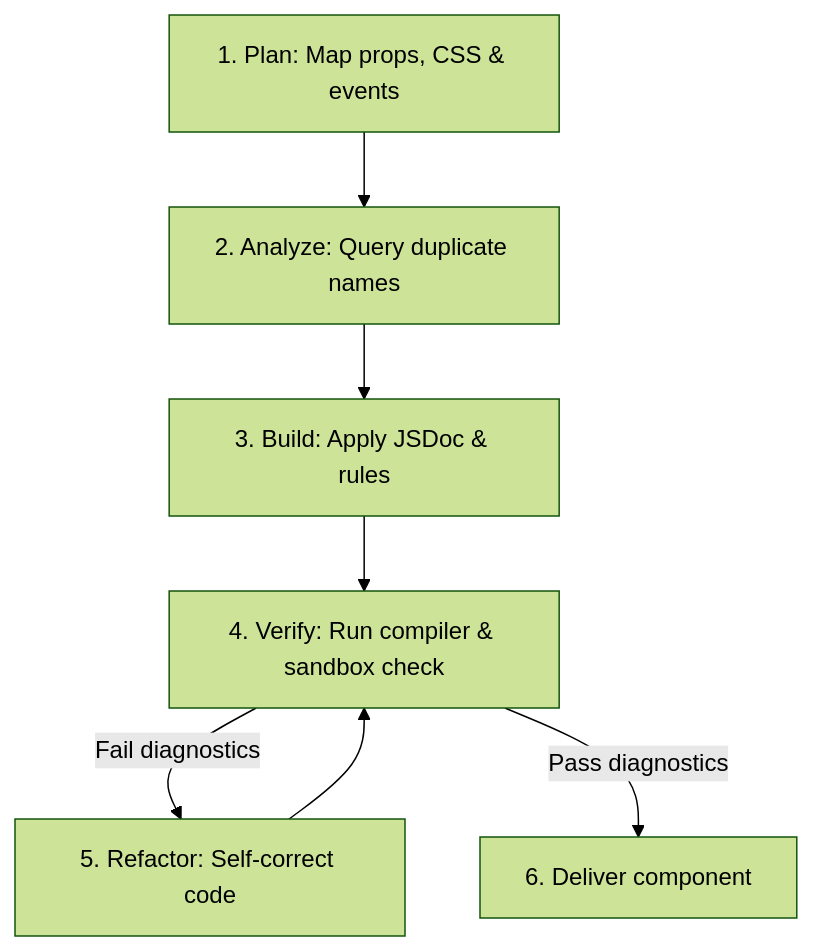
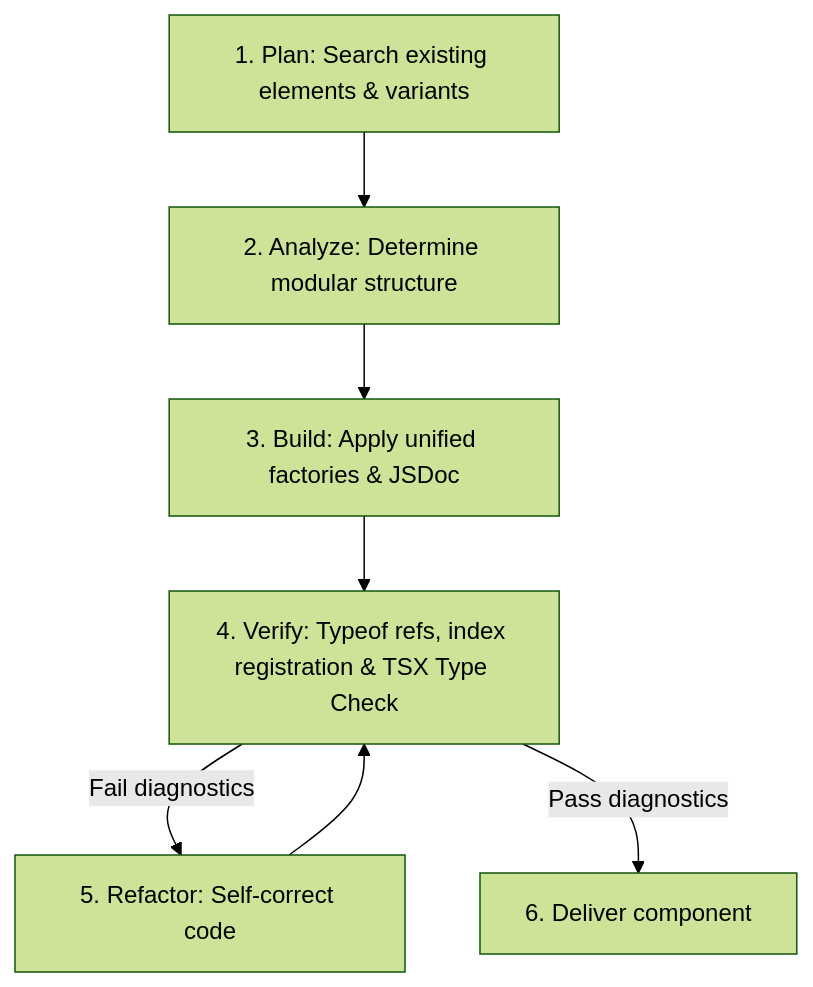
The diagram in .agents/skills/atomico/SKILL.md (atomicojs/atomico), drawn with Mermaid (forest theme) before and after one commit. The commit also changed other lines of this file and 27 other files, not shown here.

````diff
--- a/.agents/skills/atomico/SKILL.md
+++ b/.agents/skills/atomico/SKILL.md
@@ -136,9 +141,9 @@
 ```mermaid
 graph TD
-    A[1. Plan: Map props, CSS & events] --> B[2. Analyze: Query duplicate names]
-    B --> C[3. Build: Apply JSDoc & rules]
-    C --> D[4. Verify: Run compiler & sandbox check]
+    A[1. Plan: Search existing elements & variants] --> B[2. Analyze: Determine modular structure]
+    B --> C[3. Build: Apply unified factories & JSDoc]
+    C --> D[4. Verify: Typeof refs, index registration & TSX Type Check]
     D -- Fail diagnostics --> E[5. Refactor: Self-correct code]
     E --> D
     D -- Pass diagnostics --> F[6. Deliver component]
 ```
````
